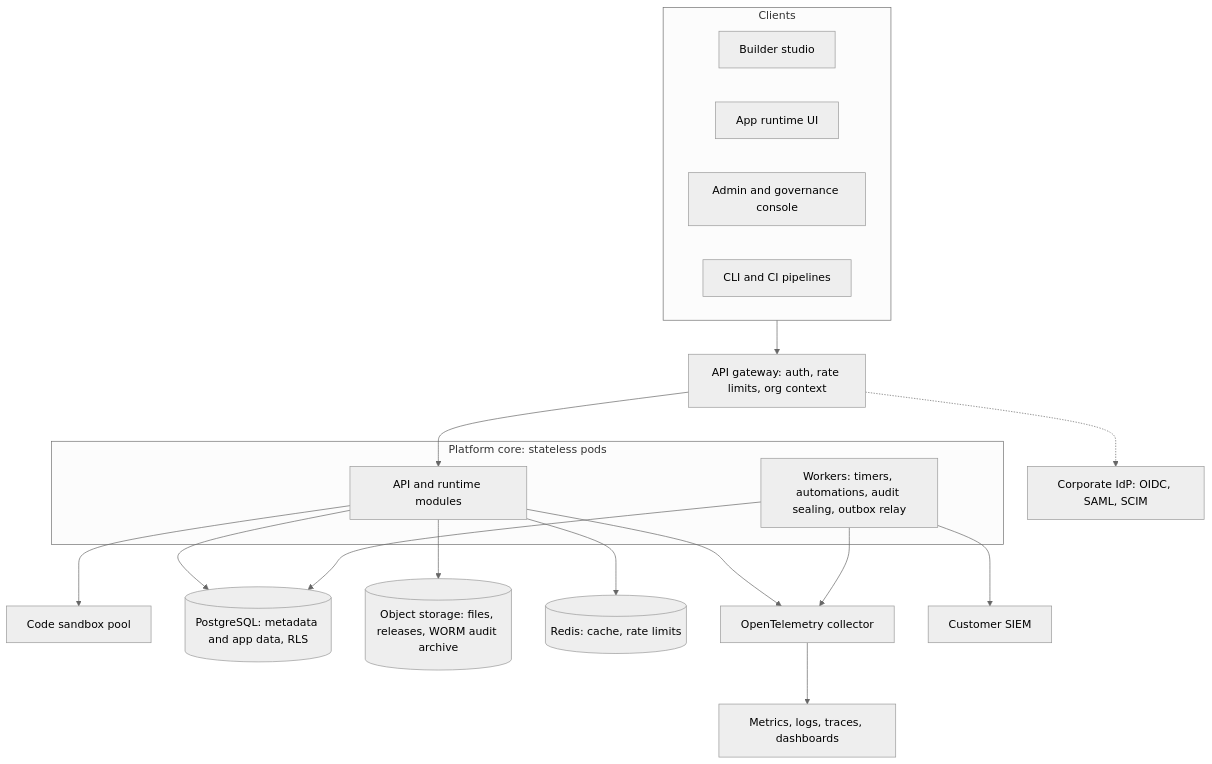
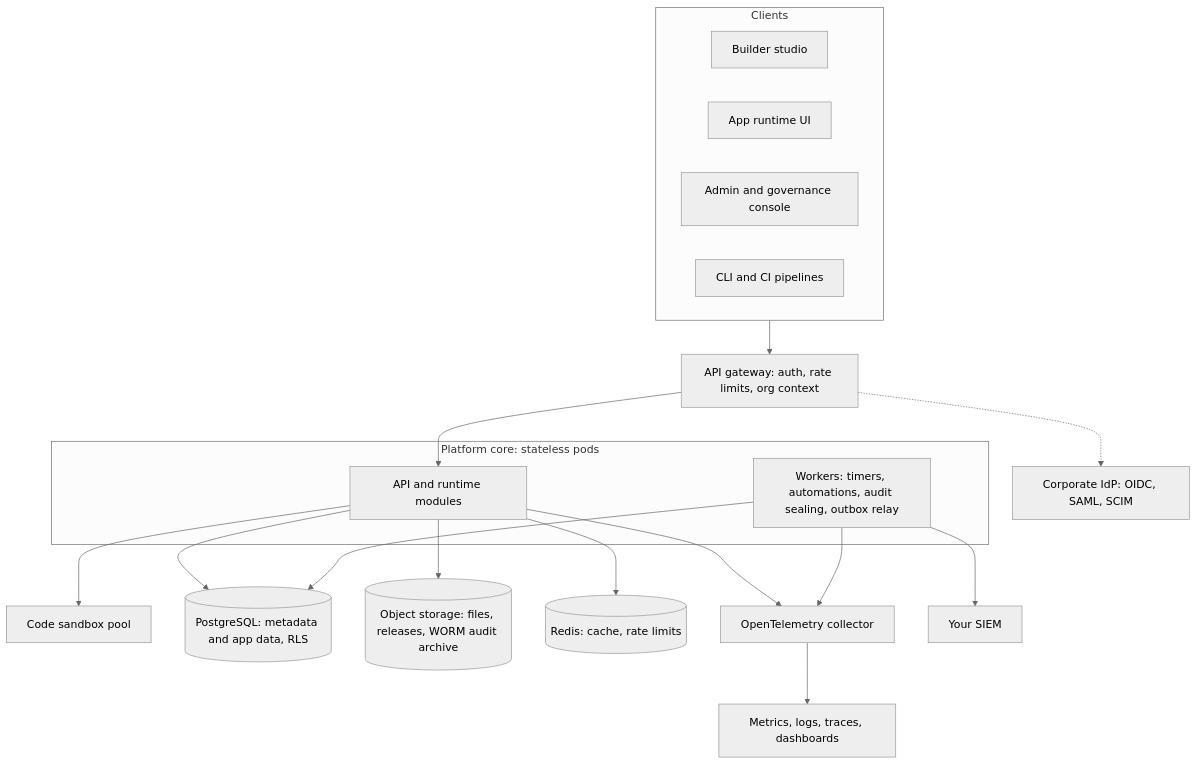
The third of 4 diagrams in docs/02-platform-design.md (sreent/joget), drawn with Mermaid (neutral theme) before and after one commit. The commit also changed other lines of this file and 2 other files, not shown here.

````diff
--- a/docs/02-platform-design.md
+++ b/docs/02-platform-design.md
@@ -492,33 +492,33 @@
 ```mermaid
 flowchart TB
   subgraph clients[Clients]
     STUDIO[Builder studio]
     RUN[App runtime UI]
     CONSOLE[Admin and governance console]
     CLI[CLI and CI pipelines]
   end
   GW[API gateway: auth, rate limits, org context]
   subgraph core[Platform core: stateless pods]
     API[API and runtime modules]
     WORK[Workers: timers, automations, audit sealing, outbox relay]
   end
   SBX[Code sandbox pool]
   IDP[Corporate IdP: OIDC, SAML, SCIM]
   PG[(PostgreSQL: metadata and app data, RLS)]
   OBJ[(Object storage: files, releases, WORM audit archive)]
   RDS[(Redis: cache, rate limits)]
   OTEL[OpenTelemetry collector]
   OBS[Metrics, logs, traces, dashboards]
-  SIEM[Customer SIEM]
+  SIEM[Your SIEM]
   clients --> GW --> API
   GW -.-> IDP
   API --> PG
   WORK --> PG
   API --> OBJ
   API --> RDS
   API --> SBX
   API --> OTEL
   WORK --> OTEL
   OTEL --> OBS
   WORK --> SIEM
 ```
````
